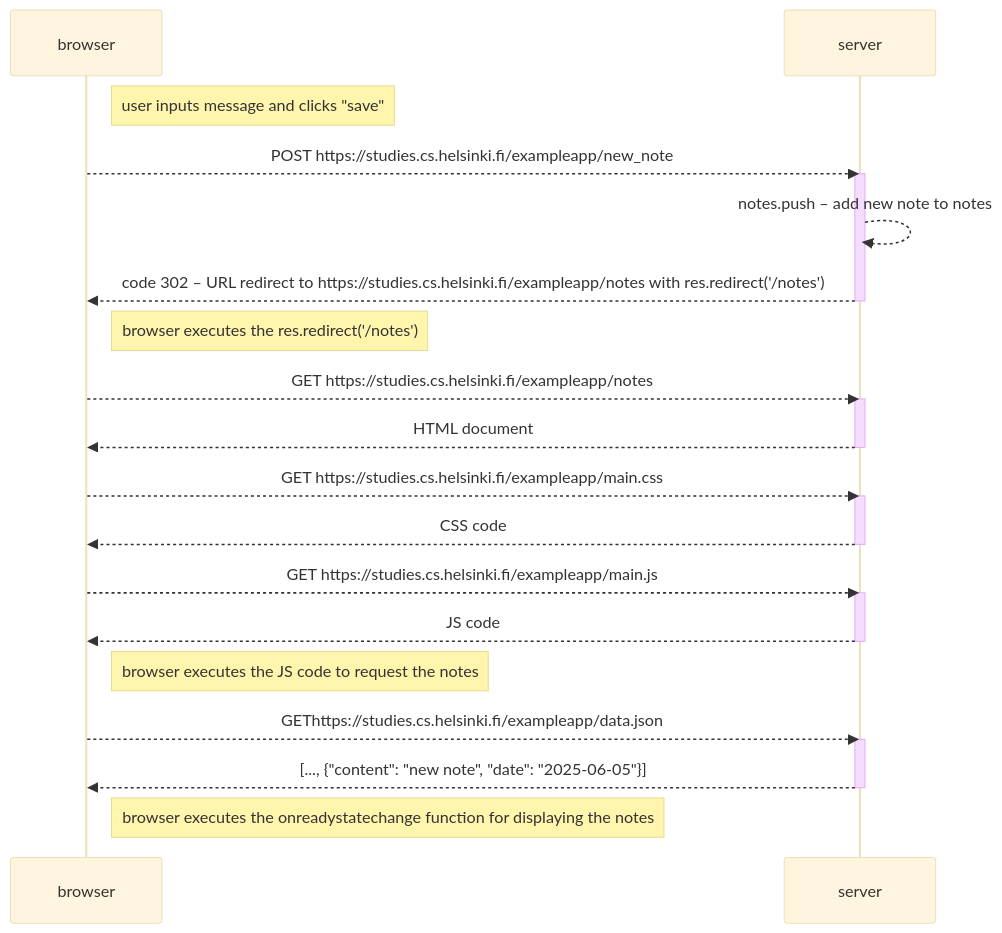
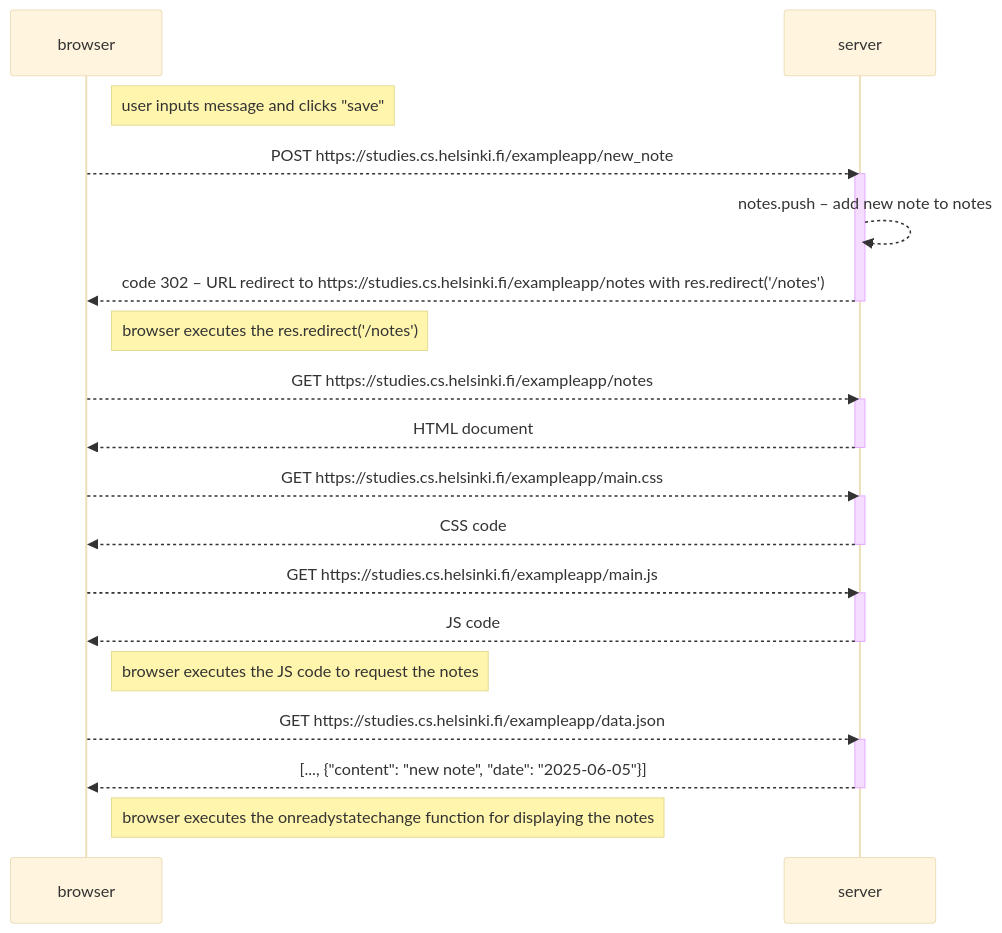
The diagram in part0/newnote.md (Paddlebear/fullstackopen), drawn with Mermaid (base theme) before and after one commit.

Commit message:
Update newnote.md - fix typo

````diff
--- a/part0/newnote.md
+++ b/part0/newnote.md
@@ -3,36 +3,36 @@
 ```mermaid
 sequenceDiagram
   participant browser
   participant server
 
   Note right of browser: user inputs message and clicks "save"
   browser-->>server: POST https://studies.cs.helsinki.fi/exampleapp/new_note
   activate server
   server-->>server: notes.push – add new note to notes
   server-->>browser: code 302 – URL redirect to https://studies.cs.helsinki.fi/exampleapp/notes with res.redirect('/notes')
   deactivate server
 
   Note right of browser: browser executes the res.redirect('/notes')
   browser-->>server: GET https://studies.cs.helsinki.fi/exampleapp/notes
   activate server
   server-->>browser: HTML document
   deactivate server
 
   browser-->>server: GET https://studies.cs.helsinki.fi/exampleapp/main.css
   activate server
   server-->>browser: CSS code
   deactivate server
 
   browser-->>server: GET https://studies.cs.helsinki.fi/exampleapp/main.js
   activate server
   server-->>browser: JS code
   deactivate server
 
   Note right of browser: browser executes the JS code to request the notes
-  browser-->>server: GEThttps://studies.cs.helsinki.fi/exampleapp/data.json
+  browser-->>server: GET https://studies.cs.helsinki.fi/exampleapp/data.json
   activate server
   server-->>browser: [..., {"content": "new note", "date": "2025-06-05"}]
   deactivate server
 
   Note right of browser: browser executes the onreadystatechange function for displaying the notes
 ```
````
